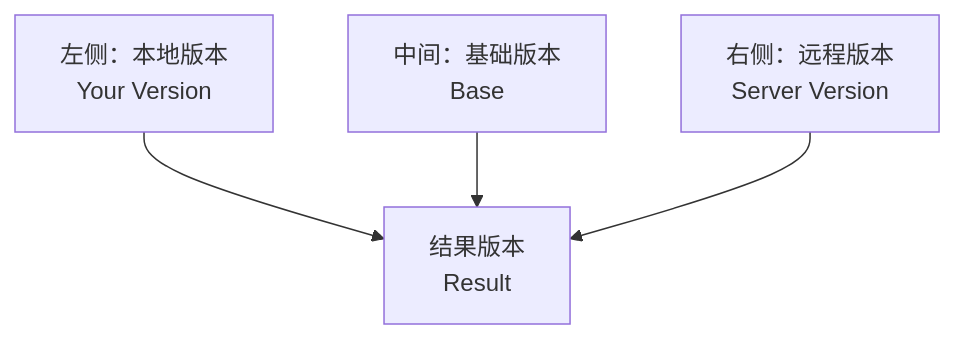
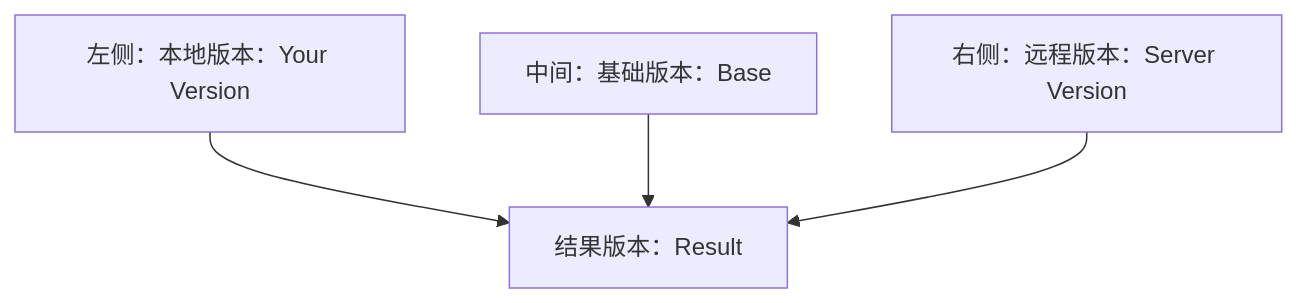
Diagram 17 of 22 in GitLab-完整使用指南.md (zerioo1970/summary), drawn with Mermaid before and after one commit. The commit also changed other lines of this file, not shown here.

Commit message:
docs: 提升 Mermaid 兼容性（flowchart→graph, <br/>→单行），适配旧版渲染器

````diff
--- a/GitLab-完整使用指南.md
+++ b/GitLab-完整使用指南.md
@@ -2805,6 +2805,6 @@
 ```mermaid
-flowchart TD
-    L["左侧：本地版本<br/>Your Version"] --> R["结果版本<br/>Result"]
-    B["中间：基础版本<br/>Base"] --> R
-    S["右侧：远程版本<br/>Server Version"] --> R
+graph TD
+    L["左侧：本地版本：Your Version"] --> R["结果版本：Result"]
+    B["中间：基础版本：Base"] --> R
+    S["右侧：远程版本：Server Version"] --> R
 ```
````
